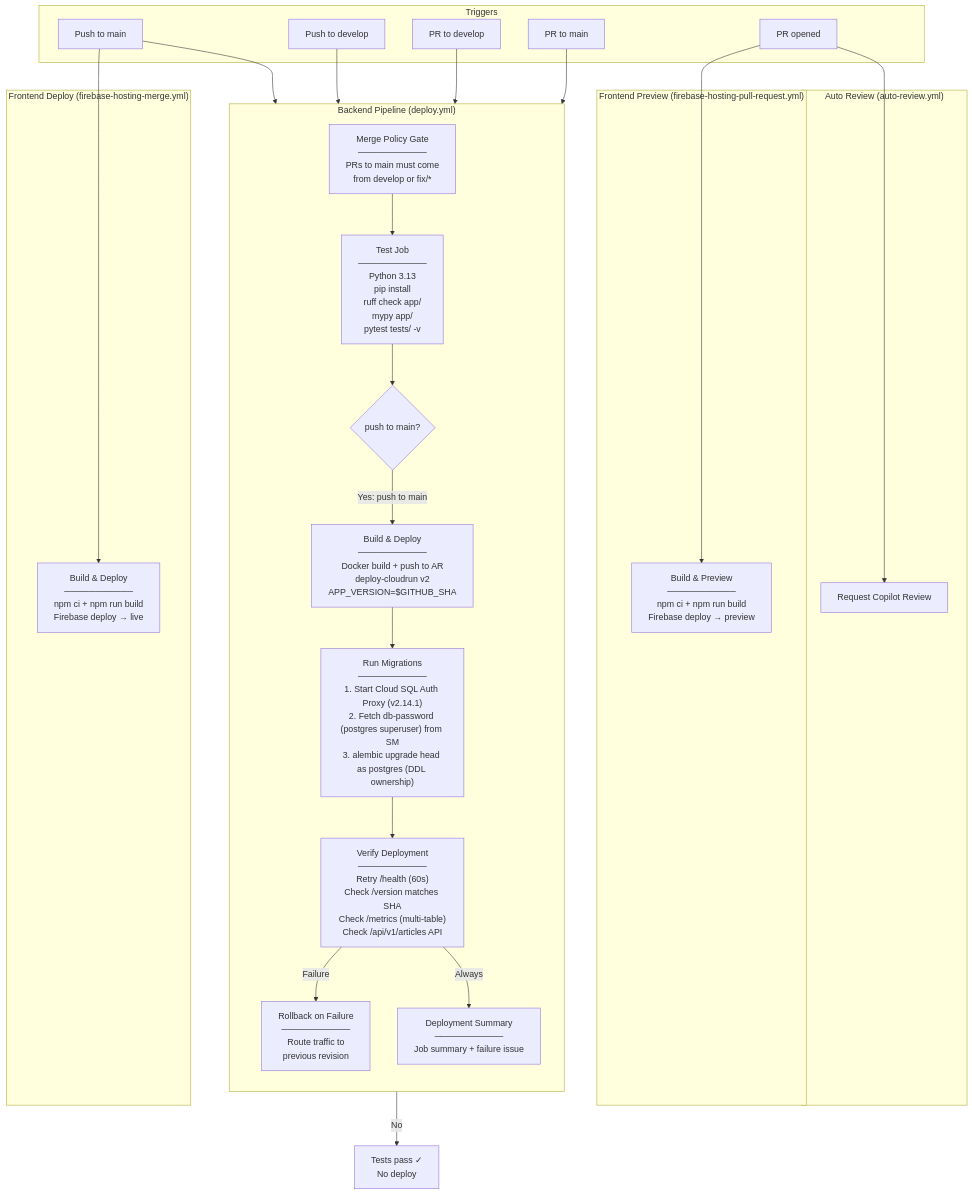
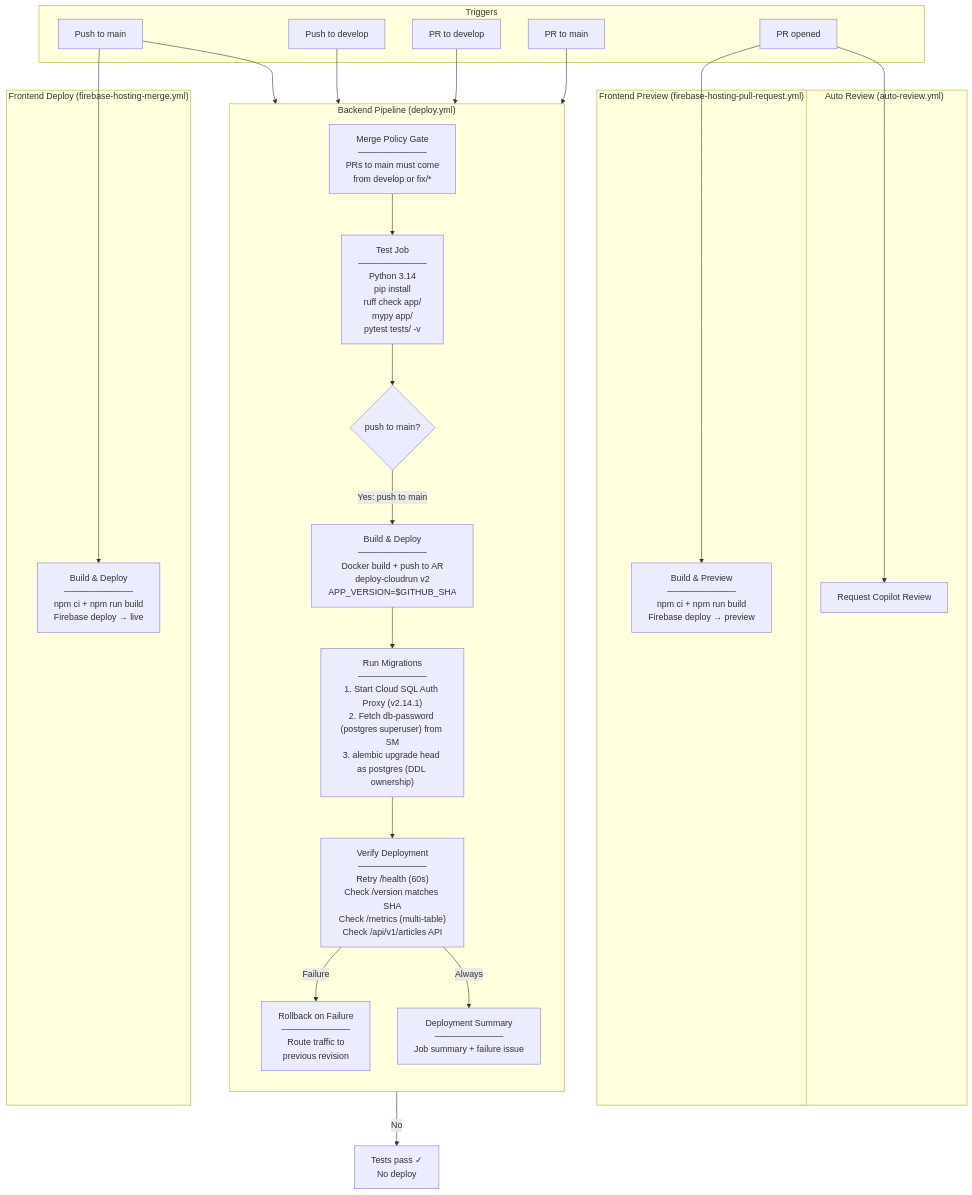
The diagram in docs/CICD_PIPELINE.md (cardox6/aifeelnews), drawn with Mermaid before and after one commit. The commit also changed other lines of this file and 5 other files, not shown here.

````diff
--- a/docs/CICD_PIPELINE.md
+++ b/docs/CICD_PIPELINE.md
@@ -31,55 +31,55 @@
 ```mermaid
 flowchart TB
     subgraph triggers["Triggers"]
         push_main["Push to main"]
         push_develop["Push to develop"]
         pr_develop["PR to develop"]
         pr_main["PR to main"]
         pr_any["PR opened"]
     end
 
     subgraph backend["Backend Pipeline (deploy.yml)"]
         direction TB
         merge_gate["Merge Policy Gate<br/>───────────<br/>PRs to main must come<br/>from develop or fix/*"]
 
-        test["Test Job<br/>───────────<br/>Python 3.13<br/>pip install<br/>ruff check app/<br/>mypy app/<br/>pytest tests/ -v"]
+        test["Test Job<br/>───────────<br/>Python 3.14<br/>pip install<br/>ruff check app/<br/>mypy app/<br/>pytest tests/ -v"]
 
         deploy_gate{"push to main?"}
 
         migrate["Run Migrations<br/>───────────<br/>1. Start Cloud SQL Auth Proxy (v2.14.1)<br/>2. Fetch db-password (postgres superuser) from SM<br/>3. alembic upgrade head as postgres (DDL ownership)"]
 
         build["Build & Deploy<br/>───────────<br/>Docker build + push to AR<br/>deploy-cloudrun v2<br/>APP_VERSION=$GITHUB_SHA"]
 
         verify["Verify Deployment<br/>───────────<br/>Retry /health (60s)<br/>Check /version matches SHA<br/>Check /metrics (multi-table)<br/>Check /api/v1/articles API"]
 
         rollback["Rollback on Failure<br/>───────────<br/>Route traffic to<br/>previous revision"]
 
         summary["Deployment Summary<br/>───────────<br/>Job summary + failure issue"]
     end
 
     subgraph frontend_merge["Frontend Deploy (firebase-hosting-merge.yml)"]
         fb_build_live["Build & Deploy<br/>───────────<br/>npm ci + npm run build<br/>Firebase deploy → live"]
     end
 
     subgraph frontend_pr["Frontend Preview (firebase-hosting-pull-request.yml)"]
         fb_build_preview["Build & Preview<br/>───────────<br/>npm ci + npm run build<br/>Firebase deploy → preview"]
     end
 
     subgraph review["Auto Review (auto-review.yml)"]
         copilot["Request Copilot Review"]
     end
 
     pr_main --> merge_gate --> test
     push_main --> test
     push_develop --> test
     pr_develop --> test
     test --> deploy_gate
     deploy_gate -->|Yes: push to main| build --> migrate --> verify
     verify -->|Failure| rollback
     verify -->|Always| summary
     deploy_gate -->|No| stop["Tests pass ✓<br/>No deploy"]
 
     push_main --> fb_build_live
     pr_any --> fb_build_preview
     pr_any --> copilot
 ```
````
